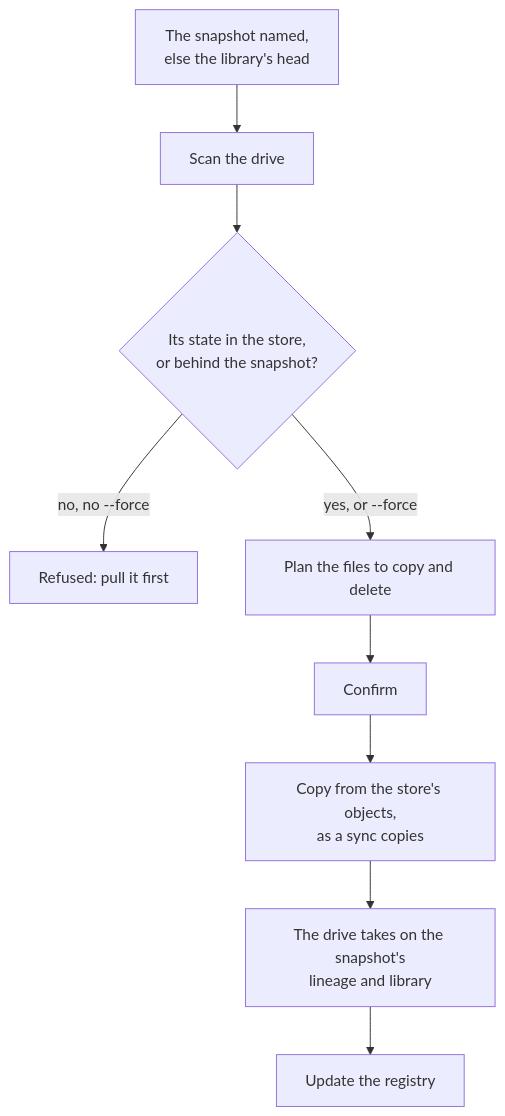
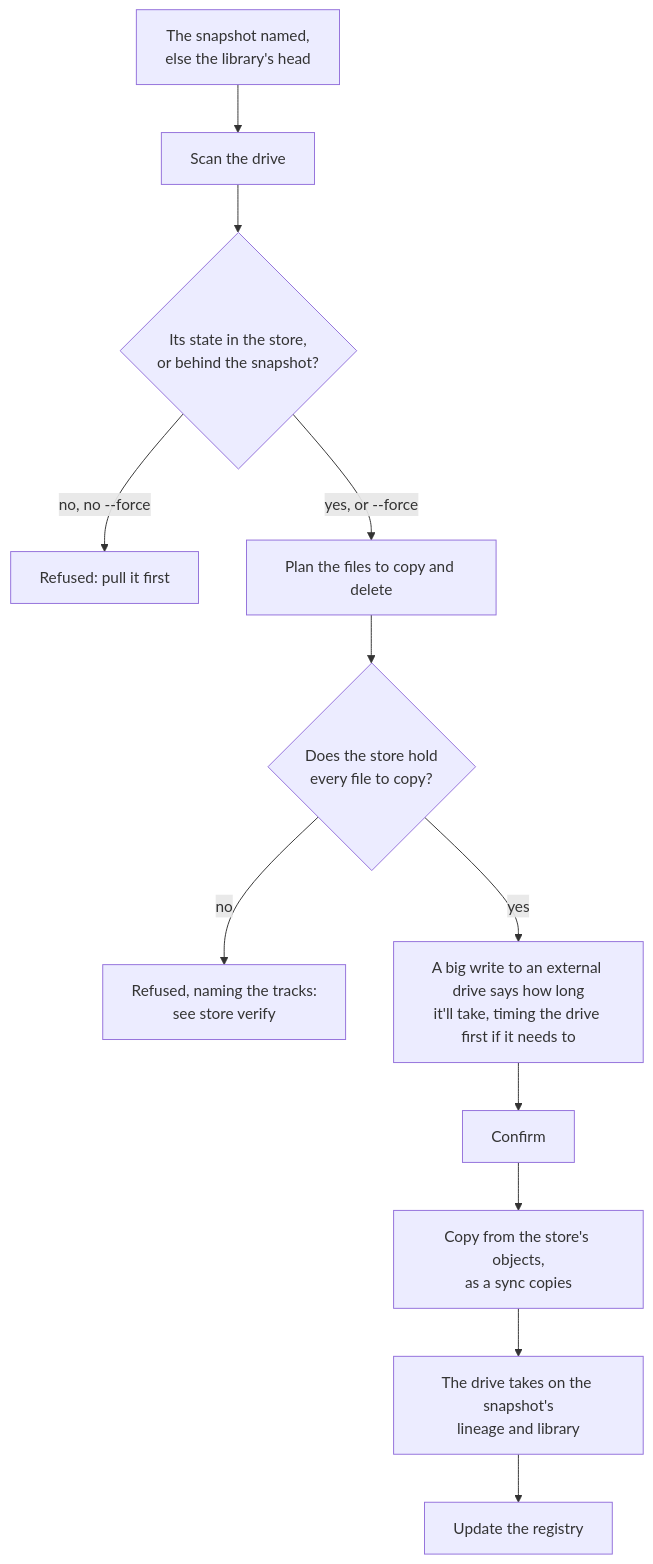
One commit to cutenode/localnetwork changed the sixth of 18 diagrams in apps/locallibrary/docs/diagrams/store-and-drives.md. Above: the diagram before and after it, drawn with Mermaid. The commit also changed other lines of this file and 6 other files, not shown here.

First line of the commit message:
docs(locallibrary): bring the diagrams up to date with the code

````diff
--- a/apps/locallibrary/docs/diagrams/store-and-drives.md
+++ b/apps/locallibrary/docs/diagrams/store-and-drives.md
@@ -146,11 +155,14 @@
 ```mermaid
 flowchart TD
     which["The snapshot named,<br/>else the library's head"] --> scan["Scan the drive"]
     scan --> unsaved{"Its state in the store,<br/>or behind the snapshot?"}
     unsaved -->|"no, no --force"| refused["Refused: pull it first"]
     unsaved -->|"yes, or --force"| plan["Plan the files to copy and delete"]
-    plan --> confirm["Confirm"]
+    plan --> stored{"Does the store hold<br/>every file to copy?"}
+    stored -->|no| lacks["Refused, naming the tracks:<br/>see store verify"]
+    stored -->|yes| estimate["A big write to an external drive says how long<br/>it'll take, timing the drive first if it needs to"]
+    estimate --> confirm["Confirm"]
     confirm --> copy["Copy from the store's objects,<br/>as a sync copies"]
     copy --> lineage["The drive takes on the snapshot's<br/>lineage and library"]
     lineage --> register["Update the registry"]
 ```
````
